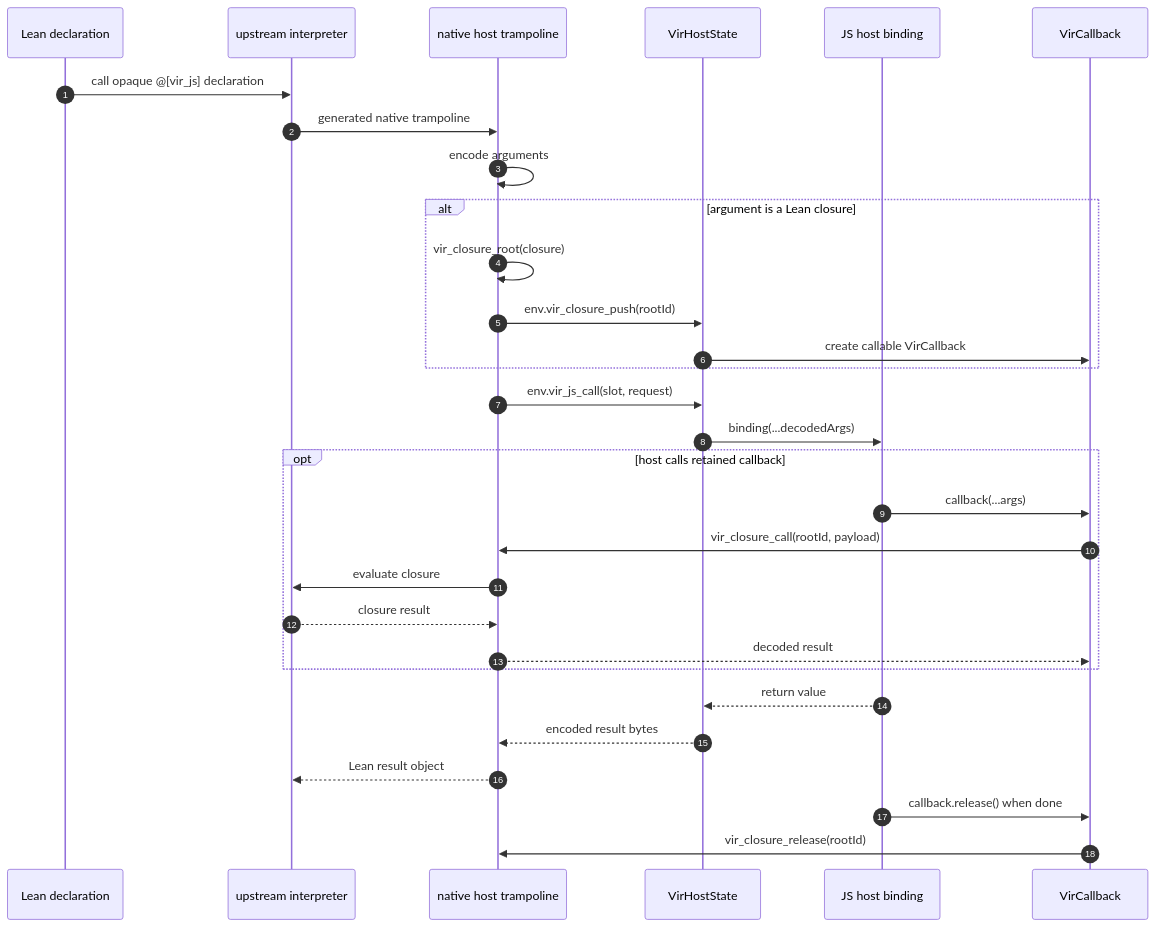
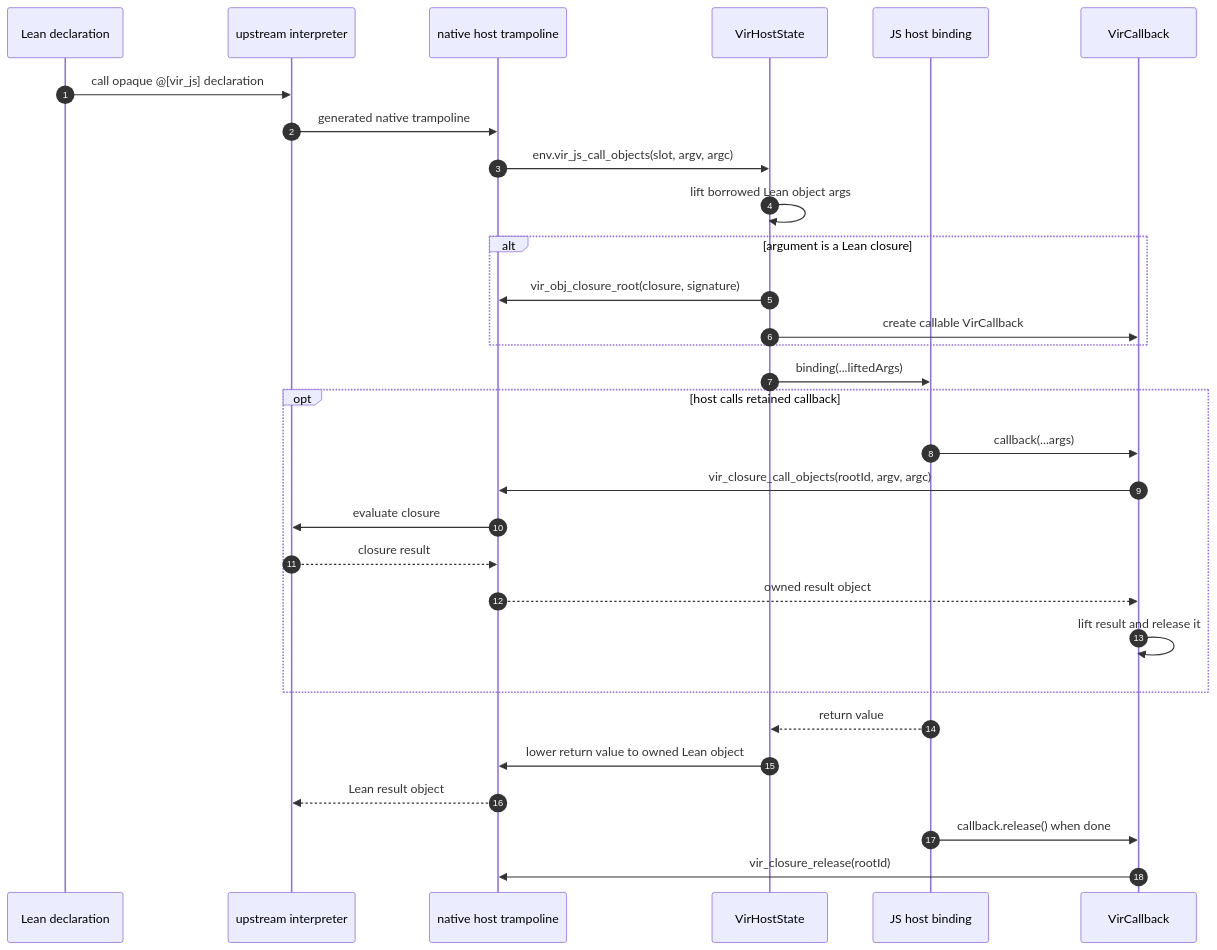
The second of 5 diagrams in docs/DEVELOPER_GUIDE.md (ejgallego/lean-vir), drawn with Mermaid before and after one commit. The commit also changed other lines of this file and 36 other files, not shown here.

````diff
--- a/docs/DEVELOPER_GUIDE.md
+++ b/docs/DEVELOPER_GUIDE.md
@@ -93,33 +91,33 @@
 ```mermaid
 sequenceDiagram
     autonumber
     participant Lean as Lean declaration
     participant IR as upstream interpreter
     participant Shim as native host trampoline
     participant Host as VirHostState
     participant JS as JS host binding
     participant Callback as VirCallback
 
     Lean->>IR: call opaque @[vir_js] declaration
     IR->>Shim: generated native trampoline
-    Shim->>Shim: encode arguments
+    Shim->>Host: env.vir_js_call_objects(slot, argv, argc)
+    Host->>Host: lift borrowed Lean object args
     alt argument is a Lean closure
-        Shim->>Shim: vir_closure_root(closure)
-        Shim->>Host: env.vir_closure_push(rootId)
+        Host->>Shim: vir_obj_closure_root(closure, signature)
         Host->>Callback: create callable VirCallback
     end
-    Shim->>Host: env.vir_js_call(slot, request)
-    Host->>JS: binding(...decodedArgs)
+    Host->>JS: binding(...liftedArgs)
     opt host calls retained callback
         JS->>Callback: callback(...args)
-        Callback->>Shim: vir_closure_call(rootId, payload)
+        Callback->>Shim: vir_closure_call_objects(rootId, argv, argc)
         Shim->>IR: evaluate closure
         IR-->>Shim: closure result
-        Shim-->>Callback: decoded result
+        Shim-->>Callback: owned result object
+        Callback->>Callback: lift result and release it
     end
     JS-->>Host: return value
-    Host-->>Shim: encoded result bytes
+    Host->>Shim: lower return value to owned Lean object
     Shim-->>IR: Lean result object
     JS->>Callback: callback.release() when done
     Callback->>Shim: vir_closure_release(rootId)
 ```
````
